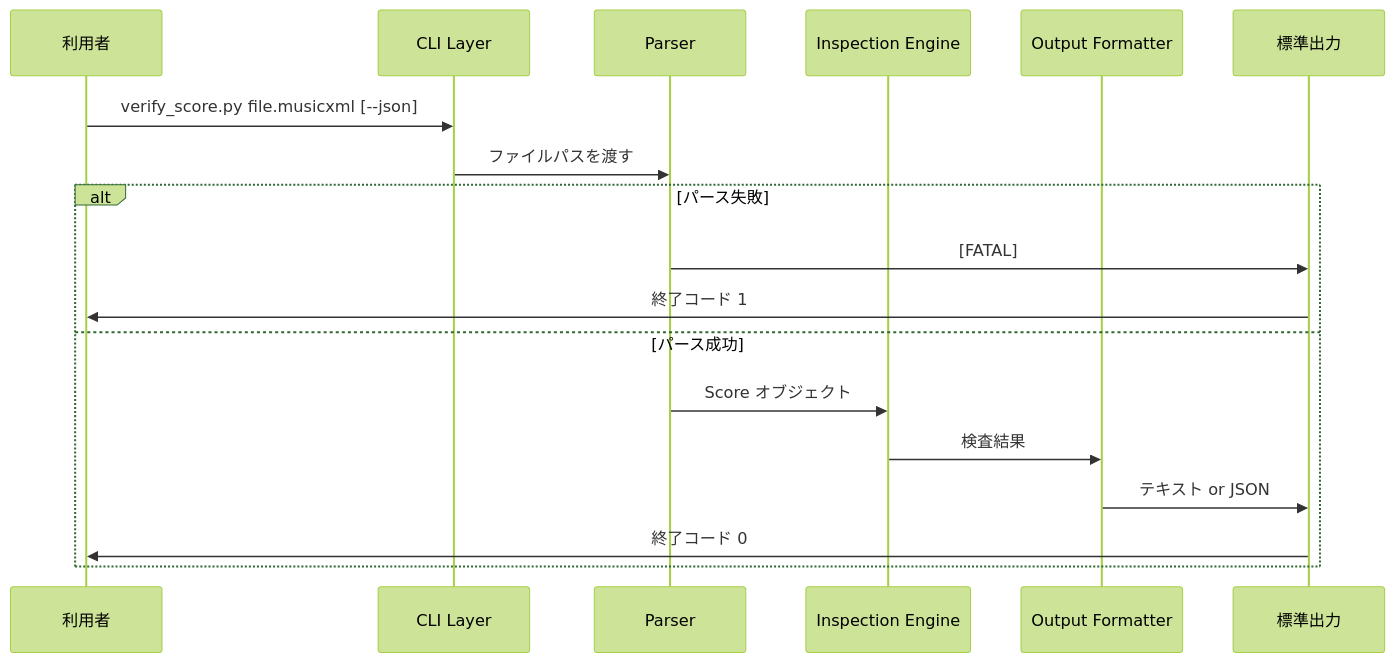
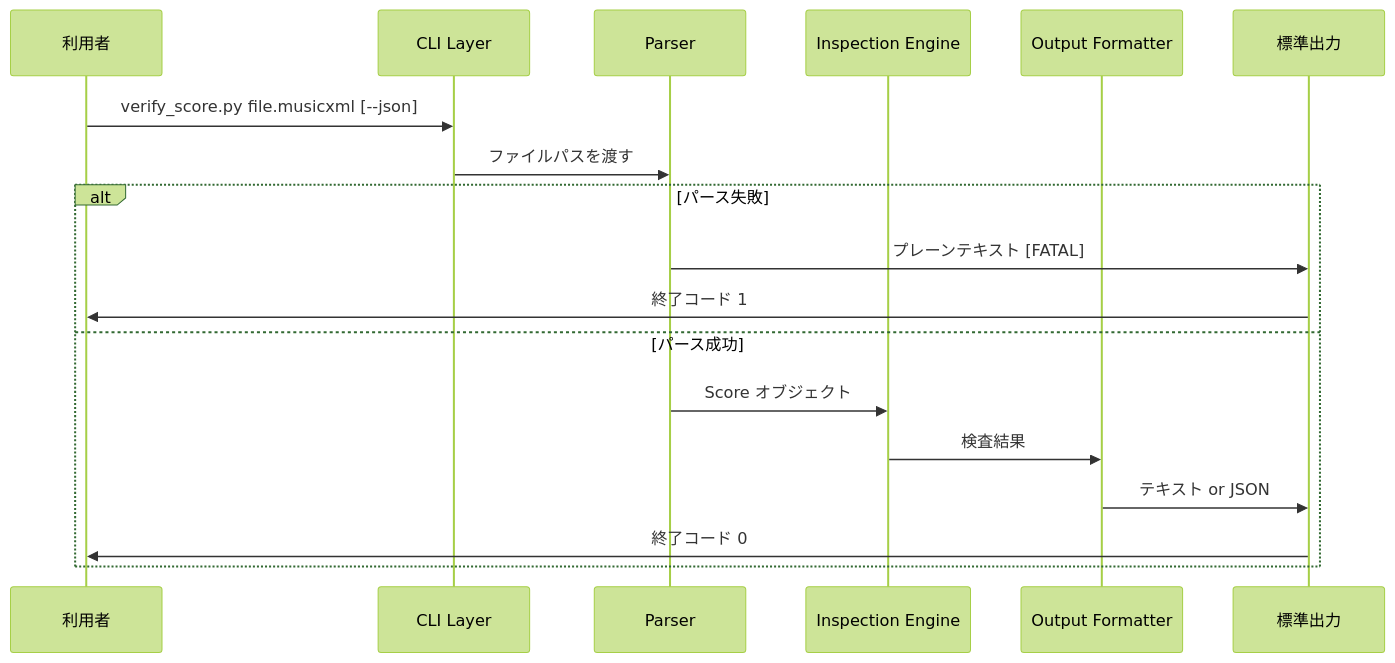
The second of 2 diagrams in docs/design/05_ARCHITECTURE_DESIGN.md (t-oikawa-sendai/score-reader), drawn with Mermaid (forest theme) before and after one commit. The commit also changed other lines of this file and 10 other files, not shown here.

````diff
--- a/docs/design/05_ARCHITECTURE_DESIGN.md
+++ b/docs/design/05_ARCHITECTURE_DESIGN.md
@@ -108,21 +109,21 @@
 ```mermaid
 sequenceDiagram
     participant U as 利用者
     participant CLI as CLI Layer
     participant P as Parser
     participant E as Inspection Engine
     participant F as Output Formatter
     participant Out as 標準出力
 
     U->>CLI: verify_score.py file.musicxml [--json]
     CLI->>P: ファイルパスを渡す
     alt パース失敗
-        P->>Out: [FATAL]
+        P->>Out: プレーンテキスト [FATAL]
         Out->>U: 終了コード 1
     else パース成功
         P->>E: Score オブジェクト
         E->>F: 検査結果
         F->>Out: テキスト or JSON
         Out->>U: 終了コード 0
     end
 ```
````
